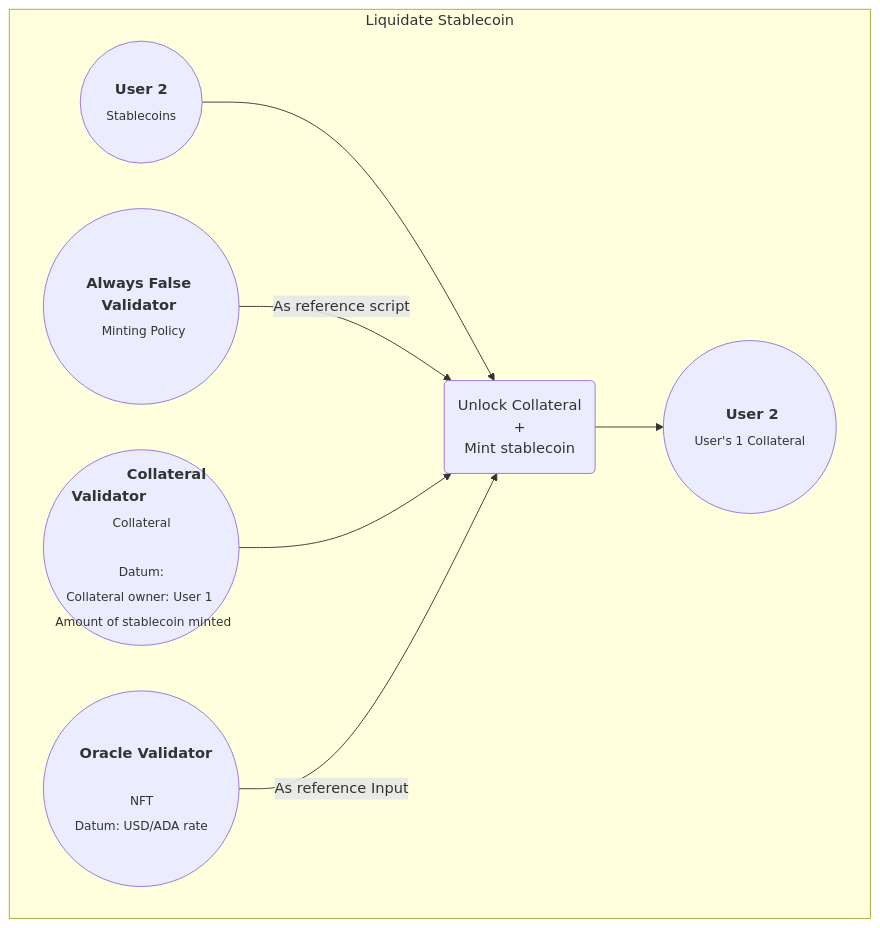
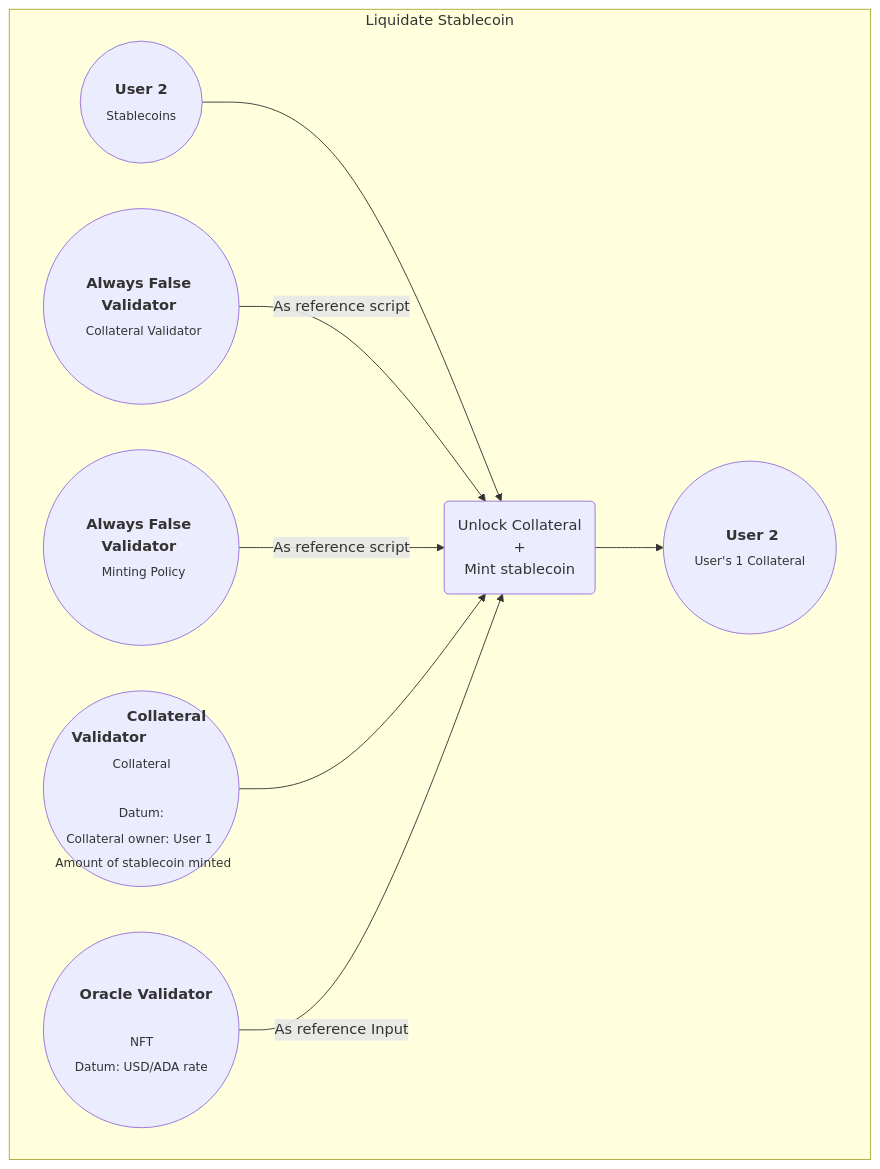
The sixth of 7 diagrams in code/Week09/README.md (input-output-hk/plutus-pioneer-program), drawn with Mermaid before and after one commit. The commit also changed other lines of this file, not shown here.

````diff
--- a/code/Week09/README.md
+++ b/code/Week09/README.md
@@ -121,16 +123,18 @@
  ```mermaid
 flowchart LR
     subgraph Burn [Liquidate Stablecoin]
     direction LR
     A6((" &#8199 &#8199 <b>Oracle Validator</b> &#8199 &#8199  <br> <sub>NFT <br> Datum: USD/ADA rate </sub>"))
+    A8((<b>Always False Validator</b> <br> <sub>Collateral Validator</sub>))
     A9((<b>Always False Validator</b> <br> <sub>Minting Policy</sub>))
     M5(("&#8199 &#8199 &#8199 &#8199 <b>Collateral Validator</b> &#8199 &#8199 &#8199 &#8199  <br> <sub>Collateral <br> <br> Datum: <br> Collateral owner: User 1  <br> Amount of stablecoin minted"))
     M6(("&#8199 &#8199 <b>User 2</b> &#8199 &#8199 <br> <sub>Stablecoins</sub>"))
 
     M6 --> B4(Unlock Collateral <br> + <br> Mint stablecoin)
+    A8 --> |As reference script| B4
     A9 -->|As reference script| B4
     M5 --> B4
     A6 --> |As reference Input|B4
     B4 --> B6(("&#8199 &#8199 &#8199 &#8199 <b>User 2</b>&#8199 &#8199 &#8199 &#8199 <br> <sub>User's 1 Collateral</sub>"))
     end
 ```
````
